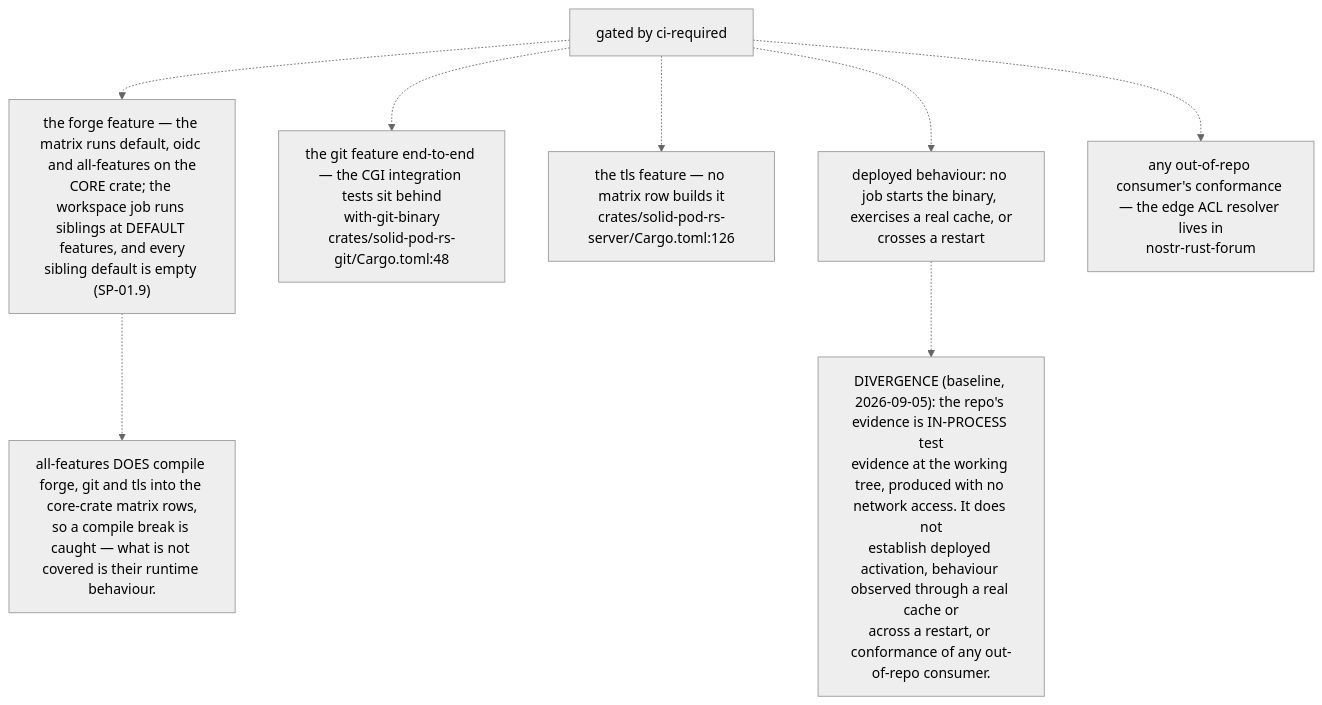
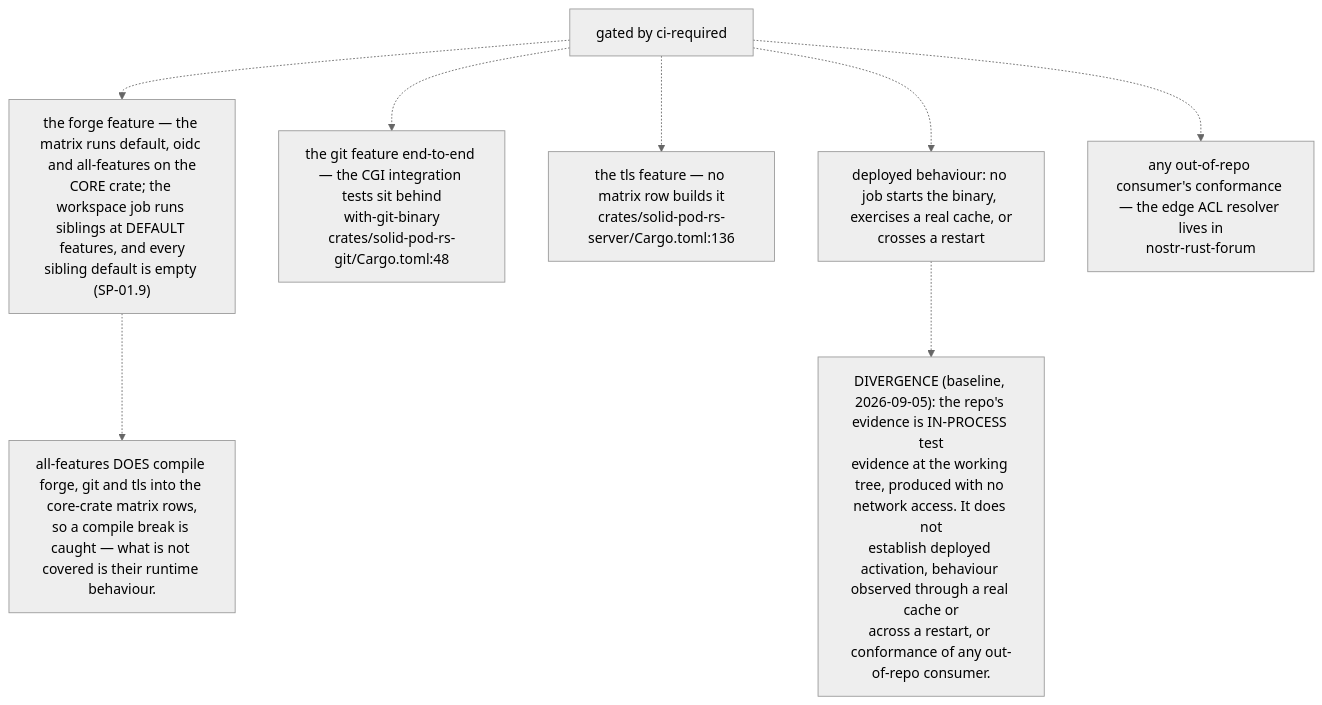
One commit to DreamLab-AI/VisionFlow changed the seventh of 9 diagrams in docs/diagrams/solid-pod-rs/09-ci-release-and-consumer-pins.md. Above: the diagram before and after it, drawn with Mermaid (neutral theme). The commit also changed other lines of this file and 160 other files, not shown here.

````diff
--- a/docs/diagrams/solid-pod-rs/09-ci-release-and-consumer-pins.md
+++ b/docs/diagrams/solid-pod-rs/09-ci-release-and-consumer-pins.md
@@ -230,20 +252,20 @@
 ```mermaid
 flowchart TD
     GATED["gated by ci-required"]
     NG1["the forge feature — the matrix runs default, oidc and all-features on the<br/>CORE crate; the workspace job runs siblings at DEFAULT features, and every<br/>sibling default is empty (SP-01.9)"]
     NG2["the git feature end-to-end — the CGI integration tests sit behind<br/>with-git-binary<br/>crates/solid-pod-rs-git/Cargo.toml:48"]
-    NG3["the tls feature — no matrix row builds it<br/>crates/solid-pod-rs-server/Cargo.toml:126"]
+    NG3["the tls feature — no matrix row builds it<br/>crates/solid-pod-rs-server/Cargo.toml:136"]
     NG4["deployed behaviour: no job starts the binary, exercises a real cache, or<br/>crosses a restart"]
     NG5["any out-of-repo consumer's conformance — the edge ACL resolver lives in<br/>nostr-rust-forum"]
 
     GATED -.-> NG1
     GATED -.-> NG2
     GATED -.-> NG3
     GATED -.-> NG4
     GATED -.-> NG5
 
     N["DIVERGENCE (baseline, 2026-09-05): the repo's evidence is IN-PROCESS test<br/>evidence at the working tree, produced with no network access. It does not<br/>establish deployed activation, behaviour observed through a real cache or<br/>across a restart, or conformance of any out-of-repo consumer."]
     NG4 -.-> N
     N2["all-features DOES compile forge, git and tls into the core-crate matrix rows,<br/>so a compile break is caught — what is not covered is their runtime behaviour."]
     NG1 -.-> N2
 ```
````
